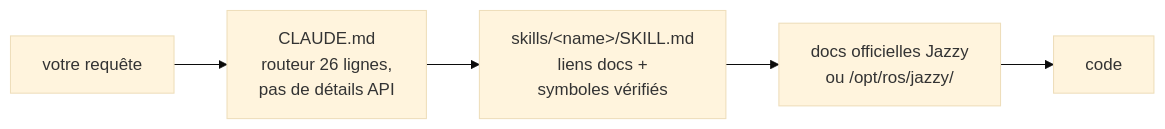
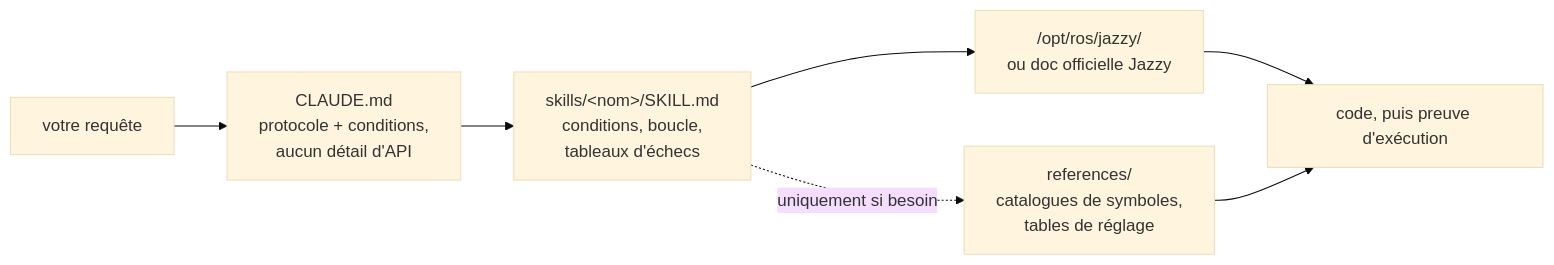
The diagram in README.fr.md (Leehyunbin0131/claude-ros2-skills), drawn with Mermaid (base theme) before and after one commit. The commit also changed other lines of this file and 7 other files, not shown here.

````diff
--- a/README.fr.md
+++ b/README.fr.md
@@ -142,7 +155,9 @@
 ```mermaid
 flowchart LR
-    A["votre requête"] --> B["CLAUDE.md<br/>routeur 26 lignes,<br/>pas de détails API"]
-    B --> C["skills/&lt;name&gt;/SKILL.md<br/>liens docs +<br/>symboles vérifiés"]
-    C --> D["docs officielles Jazzy<br/>ou /opt/ros/jazzy/"]
-    D --> E["code"]
+    A["votre requête"] --> B["CLAUDE.md<br/>protocole + conditions,<br/>aucun détail d'API"]
+    B --> C["skills/&lt;nom&gt;/SKILL.md<br/>conditions, boucle,<br/>tableaux d'échecs"]
+    C --> D["/opt/ros/jazzy/<br/>ou doc officielle Jazzy"]
+    C -.uniquement si besoin.-> R["references/<br/>catalogues de symboles,<br/>tables de réglage"]
+    D --> E["code, puis preuve d'exécution"]
+    R --> E
 ```
````
